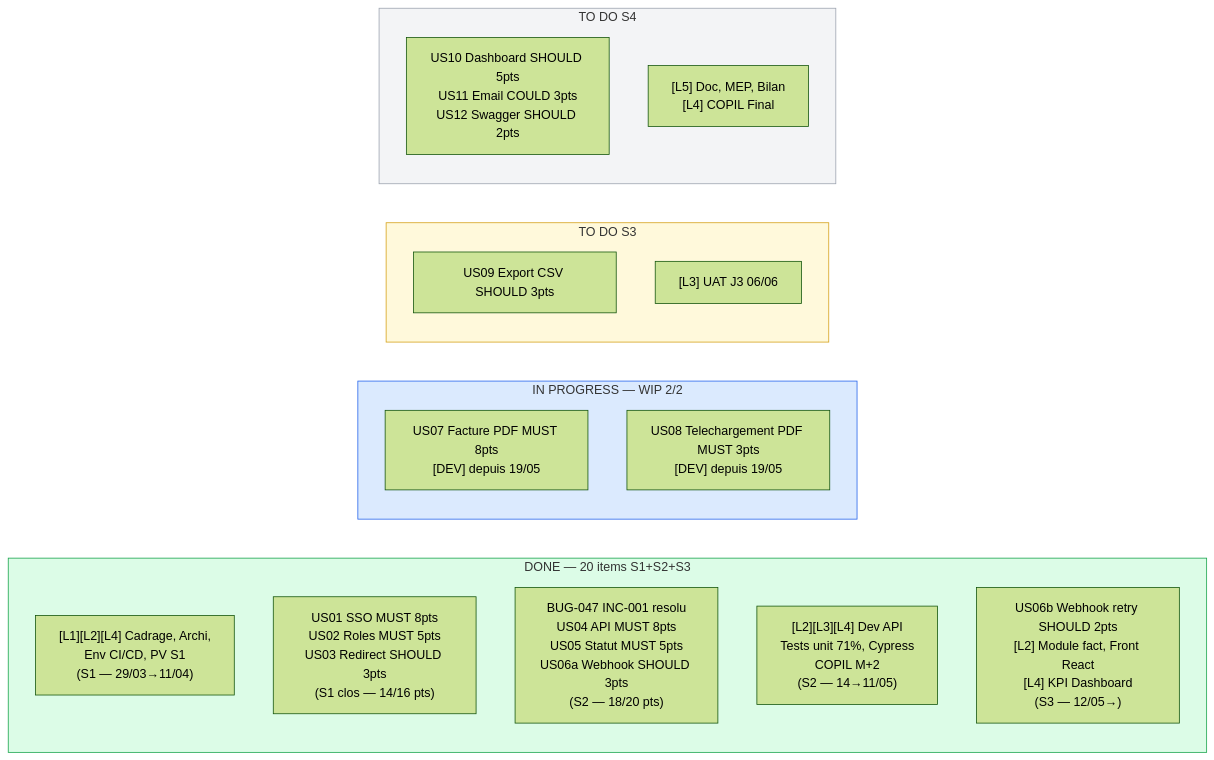
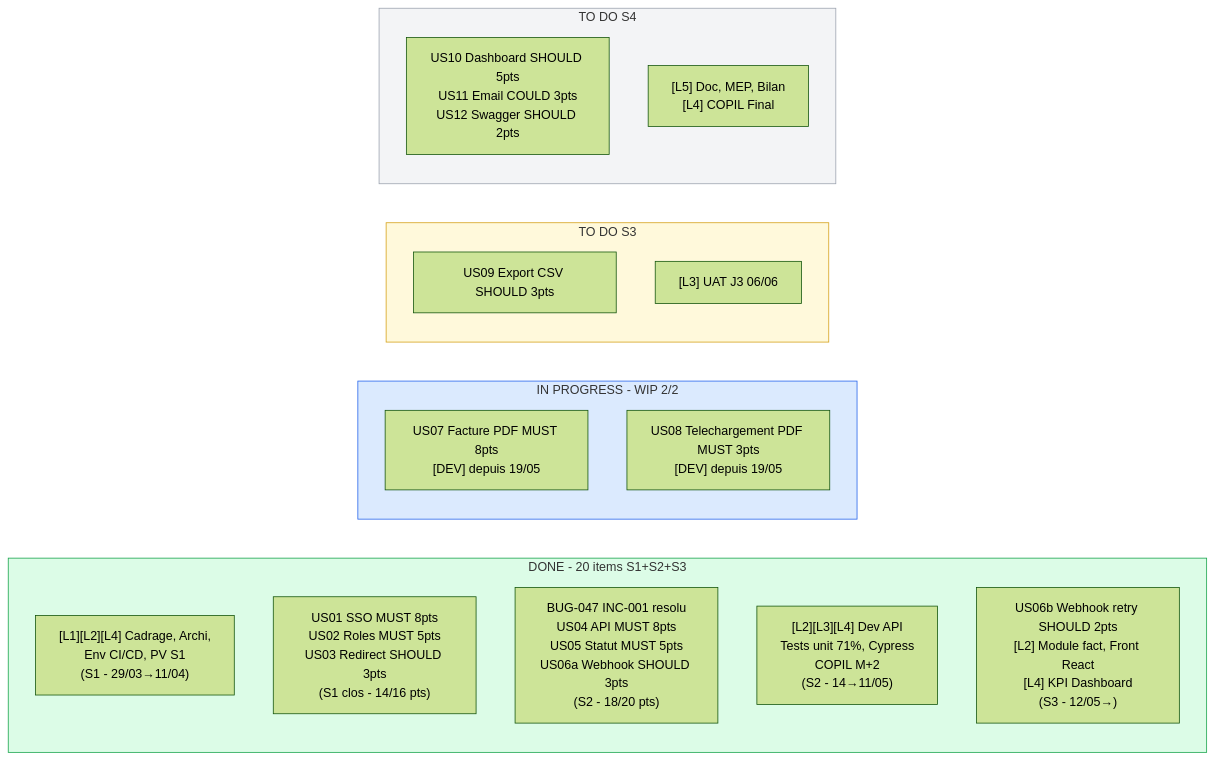
One commit to POWLAIR/management-projet-numerique changed the sixth of 12 diagrams in docs md/Dossier_Projet_B2B_FINAL.md. Above: the diagram before and after it, drawn with Mermaid (forest theme). The commit also changed other lines of this file, not shown here.

````diff
--- a/docs md/Dossier_Projet_B2B_FINAL.md
+++ b/docs md/Dossier_Projet_B2B_FINAL.md
@@ -596,31 +596,31 @@
 ```mermaid
 flowchart LR
-    subgraph DONE["DONE — 20 items S1+S2+S3"]
+    subgraph DONE["DONE - 20 items S1+S2+S3"]
         direction TB
-        D1["[L1][L2][L4] Cadrage, Archi,\nEnv CI/CD, PV S1\n(S1 — 29/03→11/04)"]
-        D2["US01 SSO MUST 8pts\nUS02 Roles MUST 5pts\nUS03 Redirect SHOULD 3pts\n(S1 clos — 14/16 pts)"]
-        D3["BUG-047 INC-001 resolu\nUS04 API MUST 8pts\nUS05 Statut MUST 5pts\nUS06a Webhook SHOULD 3pts\n(S2 — 18/20 pts)"]
-        D4["[L2][L3][L4] Dev API\nTests unit 71%, Cypress\nCOPIL M+2\n(S2 — 14→11/05)"]
-        D5["US06b Webhook retry SHOULD 2pts\n[L2] Module fact, Front React\n[L4] KPI Dashboard\n(S3 — 12/05→)"]
+        D1["[L1][L2][L4] Cadrage, Archi,\nEnv CI/CD, PV S1\n(S1 - 29/03→11/04)"]
+        D2["US01 SSO MUST 8pts\nUS02 Roles MUST 5pts\nUS03 Redirect SHOULD 3pts\n(S1 clos - 14/16 pts)"]
+        D3["BUG-047 INC-001 resolu\nUS04 API MUST 8pts\nUS05 Statut MUST 5pts\nUS06a Webhook SHOULD 3pts\n(S2 - 18/20 pts)"]
+        D4["[L2][L3][L4] Dev API\nTests unit 71%, Cypress\nCOPIL M+2\n(S2 - 14→11/05)"]
+        D5["US06b Webhook retry SHOULD 2pts\n[L2] Module fact, Front React\n[L4] KPI Dashboard\n(S3 - 12/05→)"]
     end
-    subgraph WIP["IN PROGRESS — WIP 2/2"]
+    subgraph WIP["IN PROGRESS - WIP 2/2"]
         direction TB
         W1["US07 Facture PDF MUST 8pts\n[DEV] depuis 19/05"]
         W2["US08 Telechargement PDF MUST 3pts\n[DEV] depuis 19/05"]
     end
     subgraph TODO_S3["TO DO S3"]
         direction TB
         T1["US09 Export CSV SHOULD 3pts"]
         T2["[L3] UAT J3 06/06"]
     end
     subgraph TODO_S4["TO DO S4"]
         direction TB
         T3["US10 Dashboard SHOULD 5pts\nUS11 Email COULD 3pts\nUS12 Swagger SHOULD 2pts"]
         T4["[L5] Doc, MEP, Bilan\n[L4] COPIL Final"]
     end
 
     style DONE fill:#dcfce7,stroke:#16a34a
     style WIP fill:#dbeafe,stroke:#2563eb
     style TODO_S3 fill:#fff9db,stroke:#d4a017
     style TODO_S4 fill:#f3f4f6,stroke:#9ca3af
 ```
````
